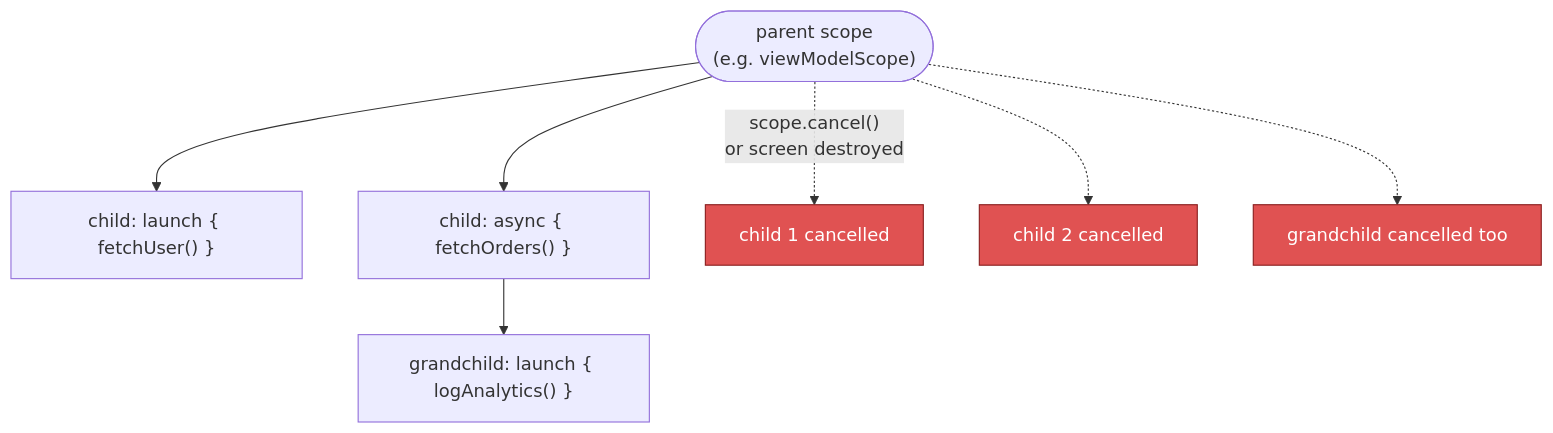
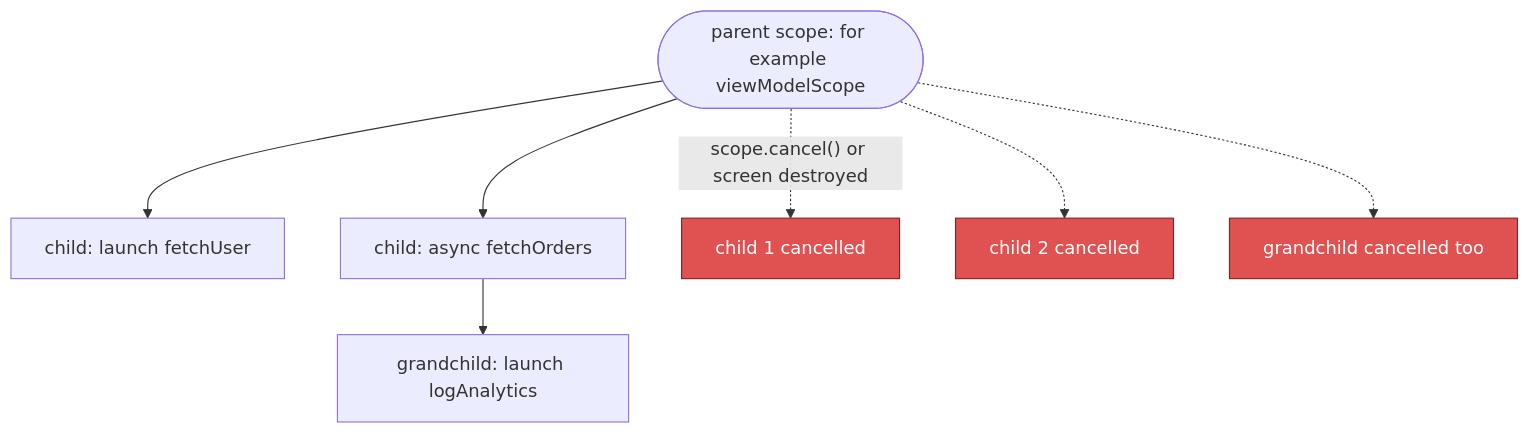
The second of 3 diagrams in modules/ROOT/pages/programming-languages/kotlin/coroutines-basics.adoc (albertoirurueta/docs), drawn with Mermaid before and after one commit. The commit also changed other lines of this file and 6182 other files, not shown here.

```diff
--- a/modules/ROOT/pages/programming-languages/kotlin/coroutines-basics.adoc
+++ b/modules/ROOT/pages/programming-languages/kotlin/coroutines-basics.adoc
@@ -112,15 +276,15 @@
 [mermaid]
 ....
 flowchart TD
-    P(["parent scope\n(e.g. viewModelScope)"]) --> C1["child: launch { fetchUser() }"]
-    P --> C2["child: async { fetchOrders() }"]
-    C2 --> C3["grandchild: launch { logAnalytics() }"]
+    P(["parent scope: for example viewModelScope"]) --> C1["child: launch fetchUser"]
+    P --> C2["child: async fetchOrders"]
+    C2 --> C3["grandchild: launch logAnalytics"]
 
-    P -.->|"scope.cancel()\nor screen destroyed"| X1["child 1 cancelled"]
+    P -.->|"scope.cancel() or screen destroyed"| X1["child 1 cancelled"]
     P -.-> X2["child 2 cancelled"]
     P -.-> X3["grandchild cancelled too"]
 
     style X1 fill:#e05252,stroke:#8a1f1f,color:#fff
     style X2 fill:#e05252,stroke:#8a1f1f,color:#fff
     style X3 fill:#e05252,stroke:#8a1f1f,color:#fff
 ....
```
